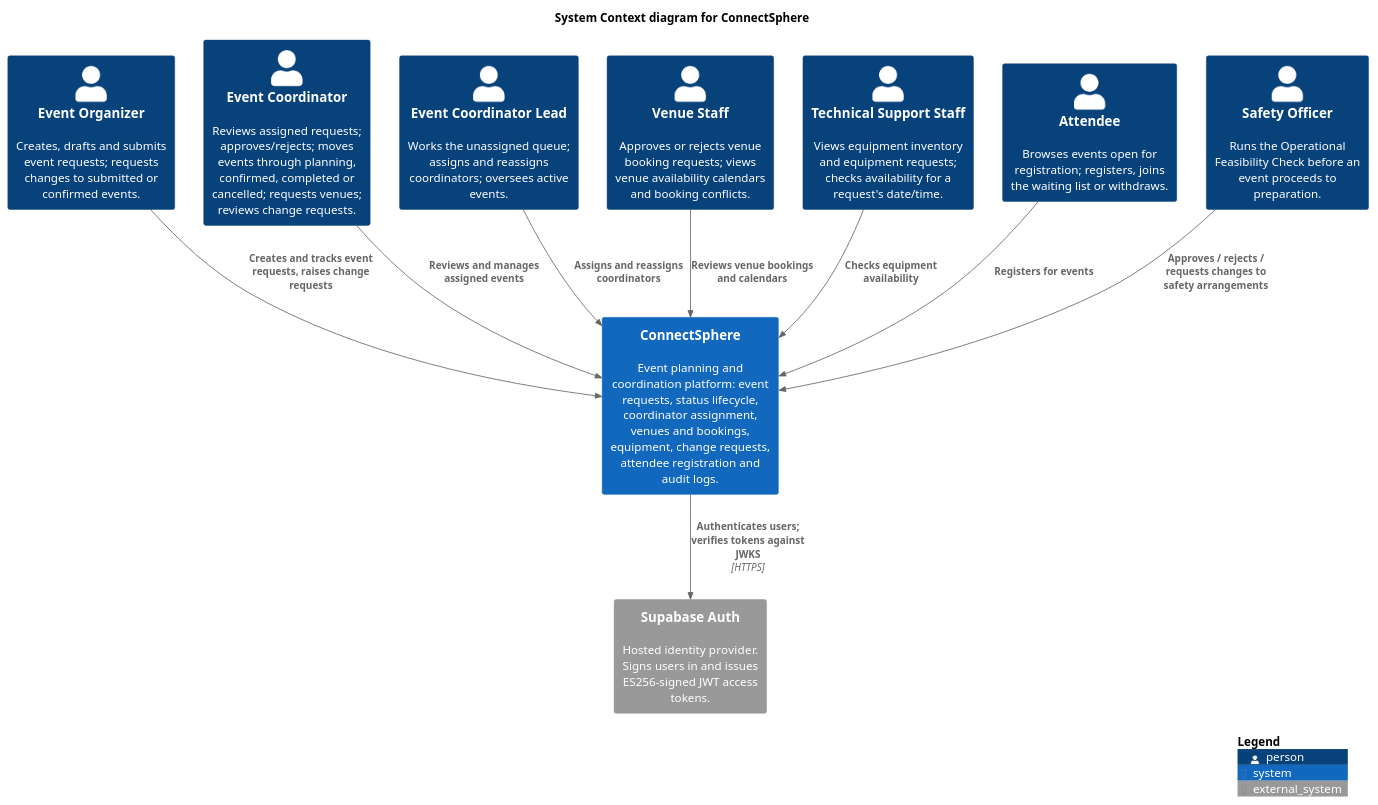
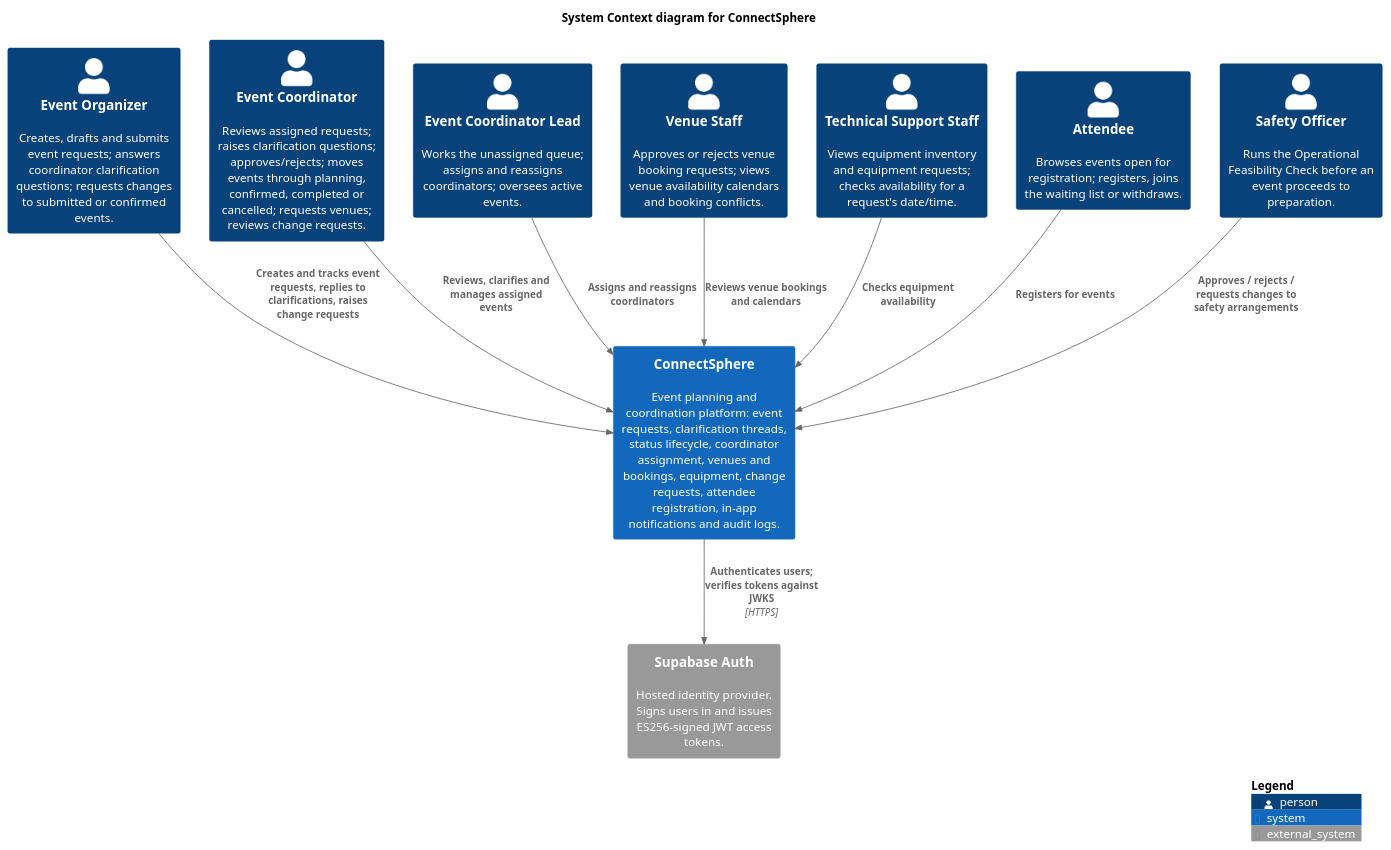
The diagram in docs/c4/01-system-context.puml (Terryyeo88/SPM-Project), drawn with PlantUML before and after one commit. The commit also changed 8 other files, not shown here.

First line of the commit message:
docs(c4): update C1-C3 to current code and add rendered diagrams

```diff
--- a/docs/c4/01-system-context.puml
+++ b/docs/c4/01-system-context.puml
@@ -1,32 +1,32 @@
 @startuml 01-system-context
 ' C4 Level 1 -- System Context for ConnectSphere.
 !include https://raw.githubusercontent.com/plantuml-stdlib/C4-PlantUML/master/C4_Context.puml
 
 LAYOUT_TOP_DOWN()
 
 title System Context diagram for ConnectSphere
 
-Person(organizer, "Event Organizer", "Creates, drafts and submits event requests; requests changes to submitted or confirmed events.")
-Person(coordinator, "Event Coordinator", "Reviews assigned requests; approves/rejects; moves events through planning, confirmed, completed or cancelled; requests venues; reviews change requests.")
+Person(organizer, "Event Organizer", "Creates, drafts and submits event requests; answers coordinator clarification questions; requests changes to submitted or confirmed events.")
+Person(coordinator, "Event Coordinator", "Reviews assigned requests; raises clarification questions; approves/rejects; moves events through planning, confirmed, completed or cancelled; requests venues; reviews change requests.")
 Person(lead, "Event Coordinator Lead", "Works the unassigned queue; assigns and reassigns coordinators; oversees active events.")
 Person(venueStaff, "Venue Staff", "Approves or rejects venue booking requests; views venue availability calendars and booking conflicts.")
 Person(techStaff, "Technical Support Staff", "Views equipment inventory and equipment requests; checks availability for a request's date/time.")
 Person(attendee, "Attendee", "Browses events open for registration; registers, joins the waiting list or withdraws.")
 Person(safety, "Safety Officer", "Runs the Operational Feasibility Check before an event proceeds to preparation.")
 
-System(connectSphere, "ConnectSphere", "Event planning and coordination platform: event requests, status lifecycle, coordinator assignment, venues and bookings, equipment, change requests, attendee registration and audit logs.")
+System(connectSphere, "ConnectSphere", "Event planning and coordination platform: event requests, clarification threads, status lifecycle, coordinator assignment, venues and bookings, equipment, change requests, attendee registration, in-app notifications and audit logs.")
 
 System_Ext(supabaseAuth, "Supabase Auth", "Hosted identity provider. Signs users in and issues ES256-signed JWT access tokens.")
 
-Rel(organizer, connectSphere, "Creates and tracks event requests, raises change requests")
-Rel(coordinator, connectSphere, "Reviews and manages assigned events")
+Rel(organizer, connectSphere, "Creates and tracks event requests, replies to clarifications, raises change requests")
+Rel(coordinator, connectSphere, "Reviews, clarifies and manages assigned events")
 Rel(lead, connectSphere, "Assigns and reassigns coordinators")
 Rel(venueStaff, connectSphere, "Reviews venue bookings and calendars")
 Rel(techStaff, connectSphere, "Checks equipment availability")
 Rel(attendee, connectSphere, "Registers for events")
 Rel(safety, connectSphere, "Approves / rejects / requests changes to safety arrangements")
 
 Rel(connectSphere, supabaseAuth, "Authenticates users; verifies tokens against JWKS", "HTTPS")
 
 SHOW_LEGEND()
 @enduml
```
